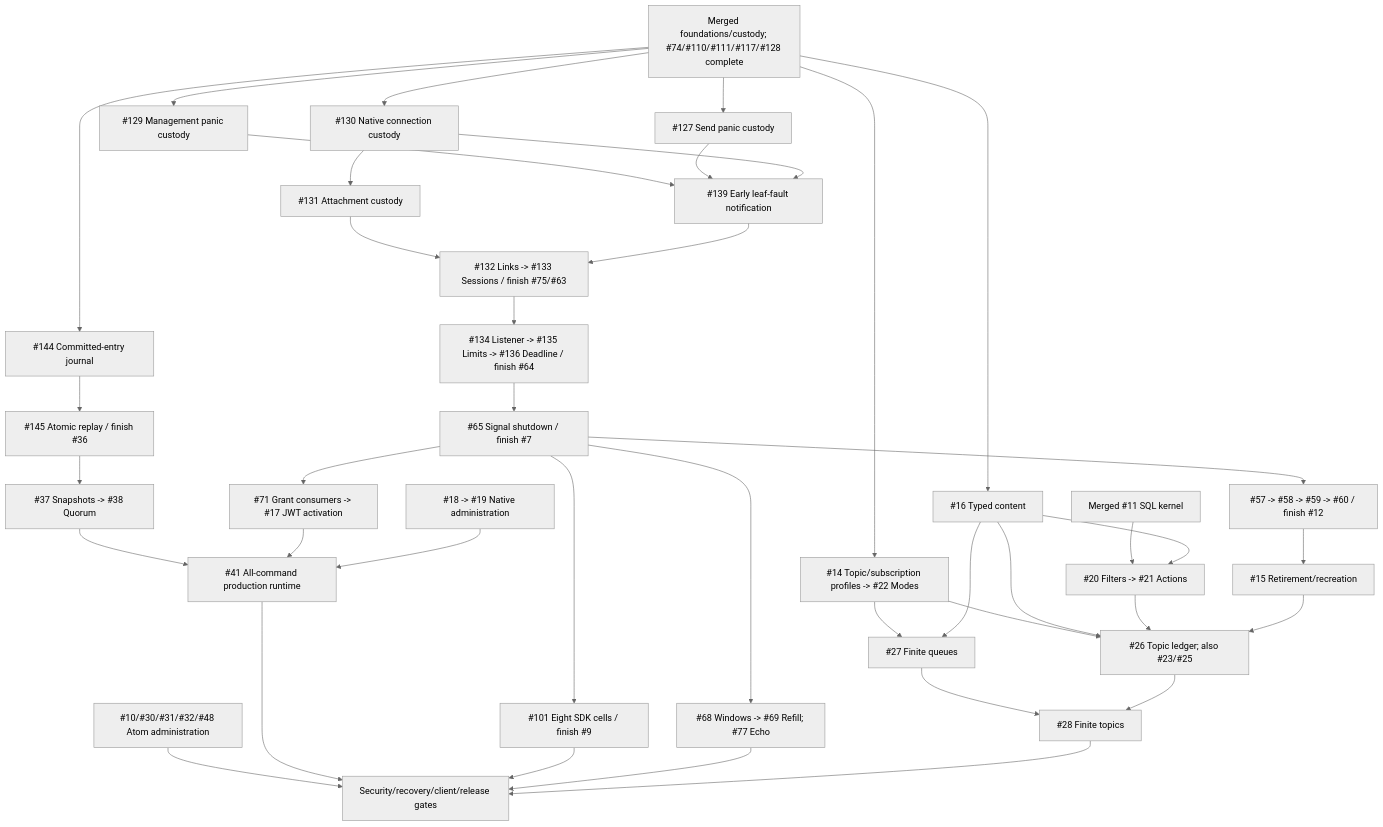
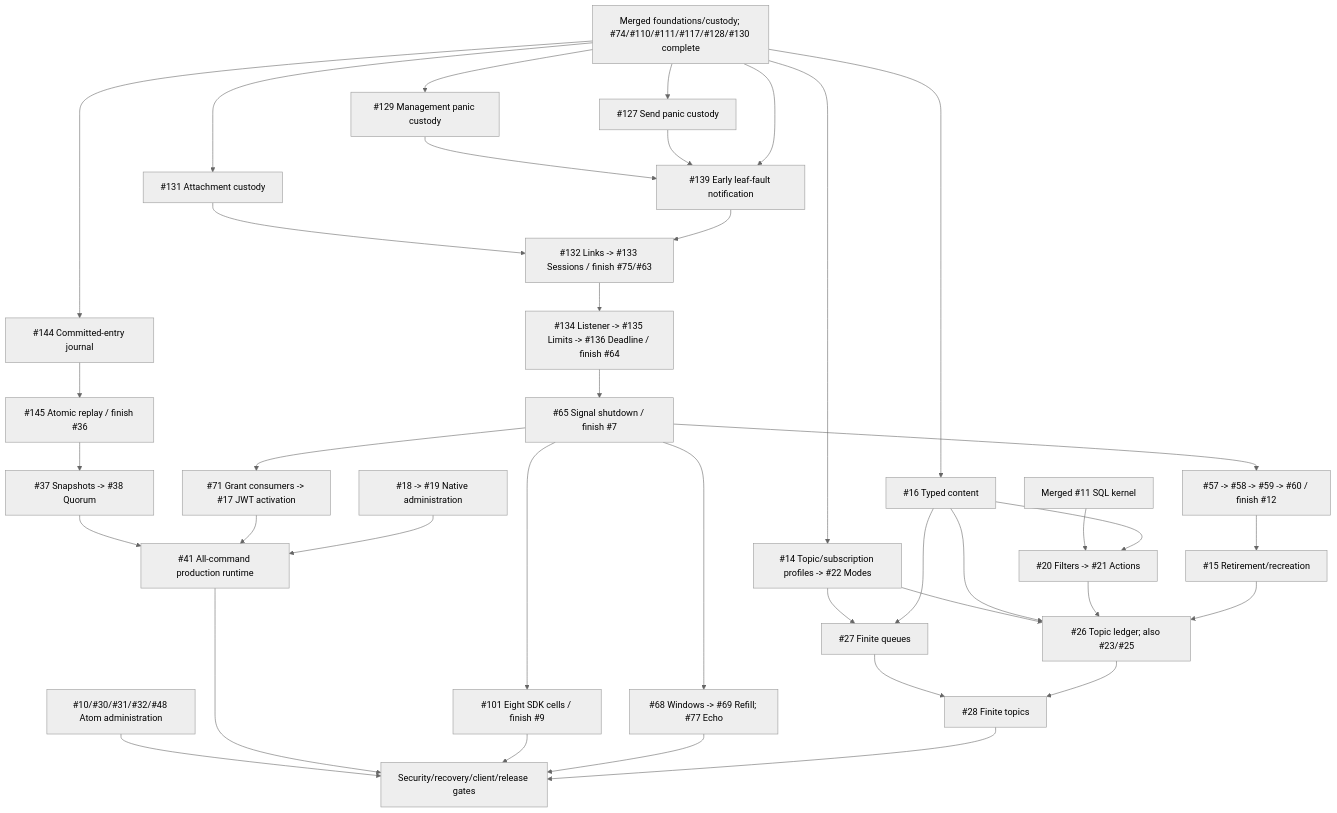
One commit to DeandreT/switchyard changed the diagram in docs/roadmap.md. Above: the diagram before and after it, drawn with Mermaid (neutral theme). The commit also changed other lines of this file and 8 other files, not shown here.

First line of the commit message:
feat(protocol-amqp): retain native connection custody across pump panics

````diff
--- a/docs/roadmap.md
+++ b/docs/roadmap.md
@@ -63,42 +60,41 @@
 ```mermaid
 flowchart TD
-    Main["Merged foundations/custody; #74/#110/#111/#117/#128 complete"] --> Send["#127 Send panic custody"]
+    Main["Merged foundations/custody; #74/#110/#111/#117/#128/#130 complete"] --> Send["#127 Send panic custody"]
     Main --> Leaves["#129 Management panic custody"]
-    Main --> Native["#130 Native connection custody"]
-    Native --> Attachments["#131 Attachment custody"]
+    Main --> Attachments["#131 Attachment custody"]
     Leaves --> Fault["#139 Early leaf-fault notification"]
     Send --> Fault
-    Native --> Fault
+    Main --> Fault
     Attachments --> Trees
     Fault --> Trees["#132 Links -> #133 Sessions / finish #75/#63"]
     Trees --> Admission["#134 Listener -> #135 Limits -> #136 Deadline / finish #64"]
     Admission --> Signals["#65 Signal shutdown / finish #7"]
     Signals --> Authority["#57 -> #58 -> #59 -> #60 / finish #12"]
     Authority --> Delete["#15 Retirement/recreation"]
     Signals --> Grants["#71 Grant consumers -> #17 JWT activation"]
     Signals --> Matrix["#101 Eight SDK cells / finish #9"]
     Signals --> Windows["#68 Windows -> #69 Refill; #77 Echo"]
     Main --> Profiles["#14 Topic/subscription profiles -> #22 Modes"]
     Main --> Content["#16 Typed content"]
     Kernel["Merged #11 SQL kernel"] --> Rules["#20 Filters -> #21 Actions"]
     Content --> Rules
     Profiles --> Queue["#27 Finite queues"]
     Content --> Queue
     Profiles --> Ledger["#26 Topic ledger; also #23/#25"]
     Content --> Ledger
     Rules --> Ledger
     Delete --> Ledger
     Queue --> Topic["#28 Finite topics"]
     Ledger --> Topic
     Main --> Journal["#144 Committed-entry journal"]
     Journal --> Log["#145 Atomic replay / finish #36"]
     Log --> Snapshots["#37 Snapshots -> #38 Quorum"]
     Snapshots --> Runtime["#41 All-command production runtime"]
     Grants --> Runtime
     Admin["#18 -> #19 Native administration"] --> Runtime
     Atom["#10/#30/#31/#32/#48 Atom administration"] --> Gates
     Runtime --> Gates["Security/recovery/client/release gates"]
     Matrix --> Gates
     Windows --> Gates
     Topic --> Gates
 ```
````
